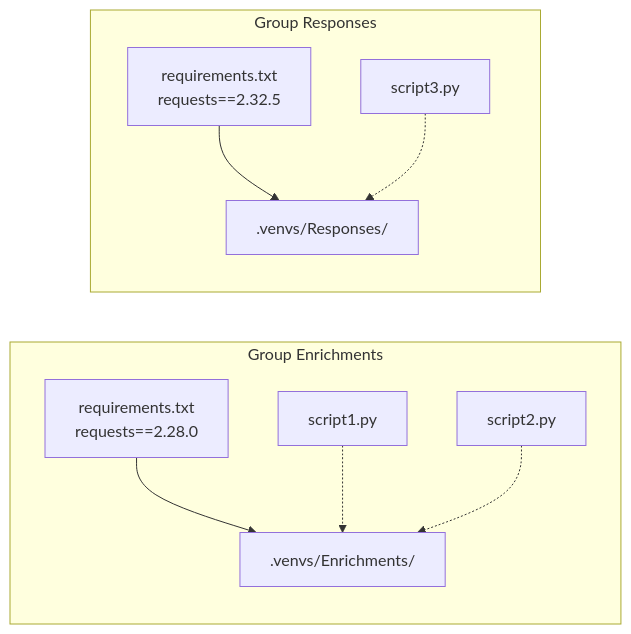
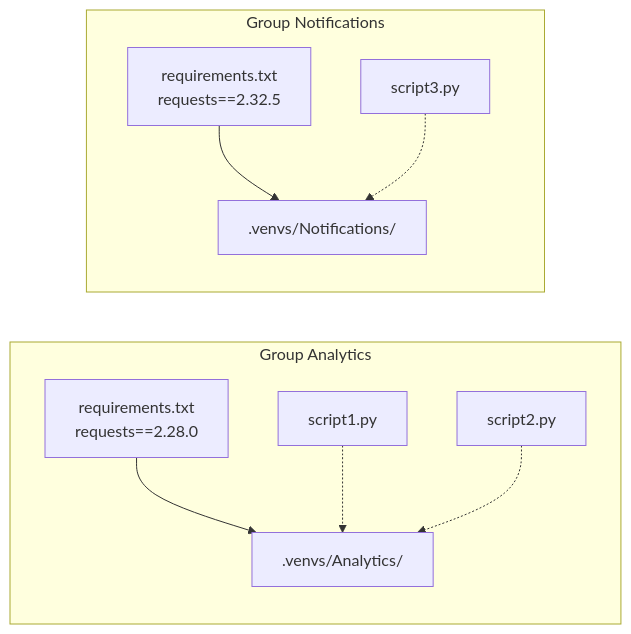
Before and after one commit to NoahPodcast/adiboupk: the second of 7 diagrams in docs/concepts.md, drawn with Mermaid. The commit also changed other lines of this file and 4 other files, not shown here.

````diff
--- a/docs/concepts.md
+++ b/docs/concepts.md
@@ -44,13 +44,13 @@
 ```mermaid
 graph LR
-    subgraph "Group Enrichments"
-        A[requirements.txt<br/>requests==2.28.0] --> V1[".venvs/Enrichments/"]
+    subgraph "Group Analytics"
+        A[requirements.txt<br/>requests==2.28.0] --> V1[".venvs/Analytics/"]
         S1[script1.py] -.-> V1
         S2[script2.py] -.-> V1
     end
 
-    subgraph "Group Responses"
-        B[requirements.txt<br/>requests==2.32.5] --> V2[".venvs/Responses/"]
+    subgraph "Group Notifications"
+        B[requirements.txt<br/>requests==2.32.5] --> V2[".venvs/Notifications/"]
         S3[script3.py] -.-> V2
     end
 ```
````
